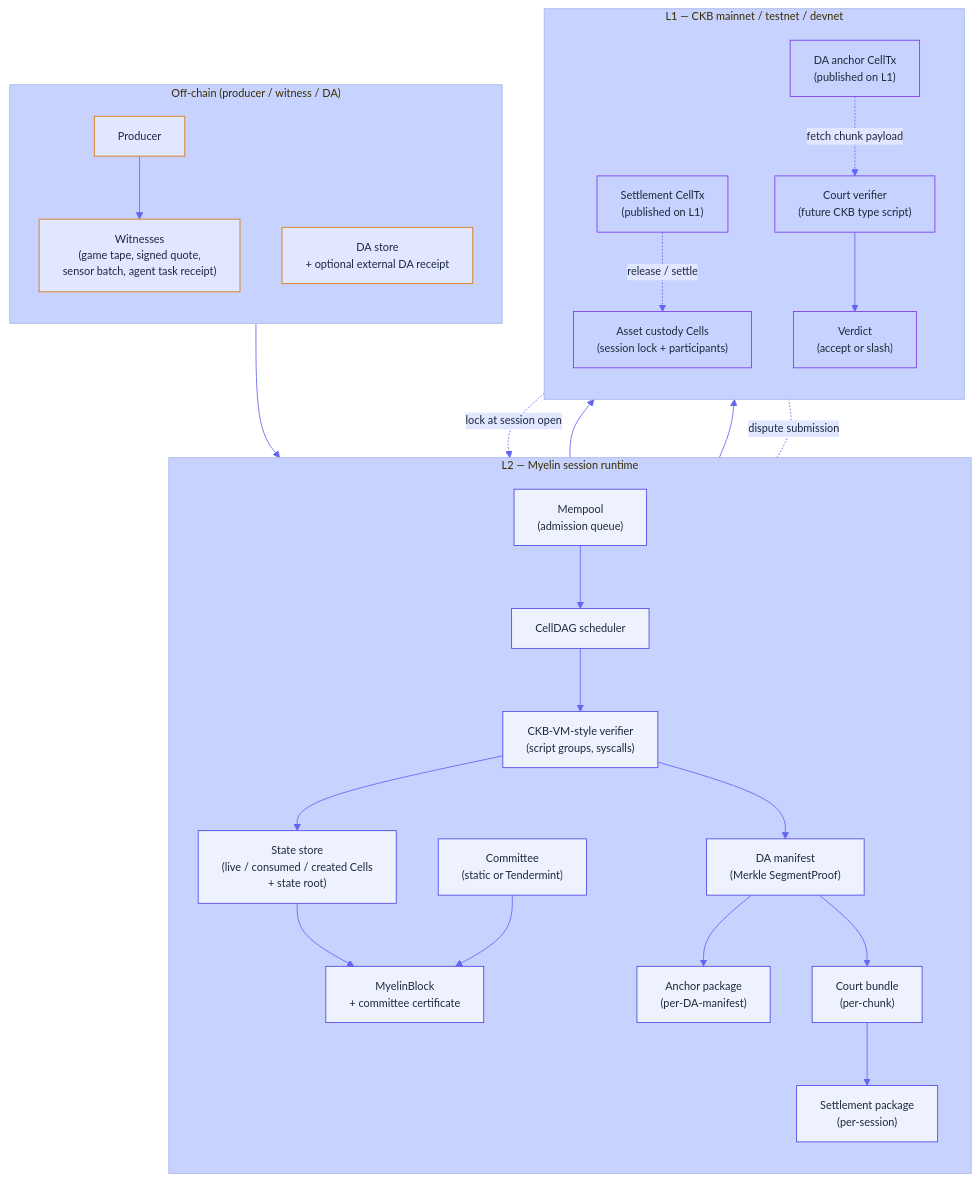
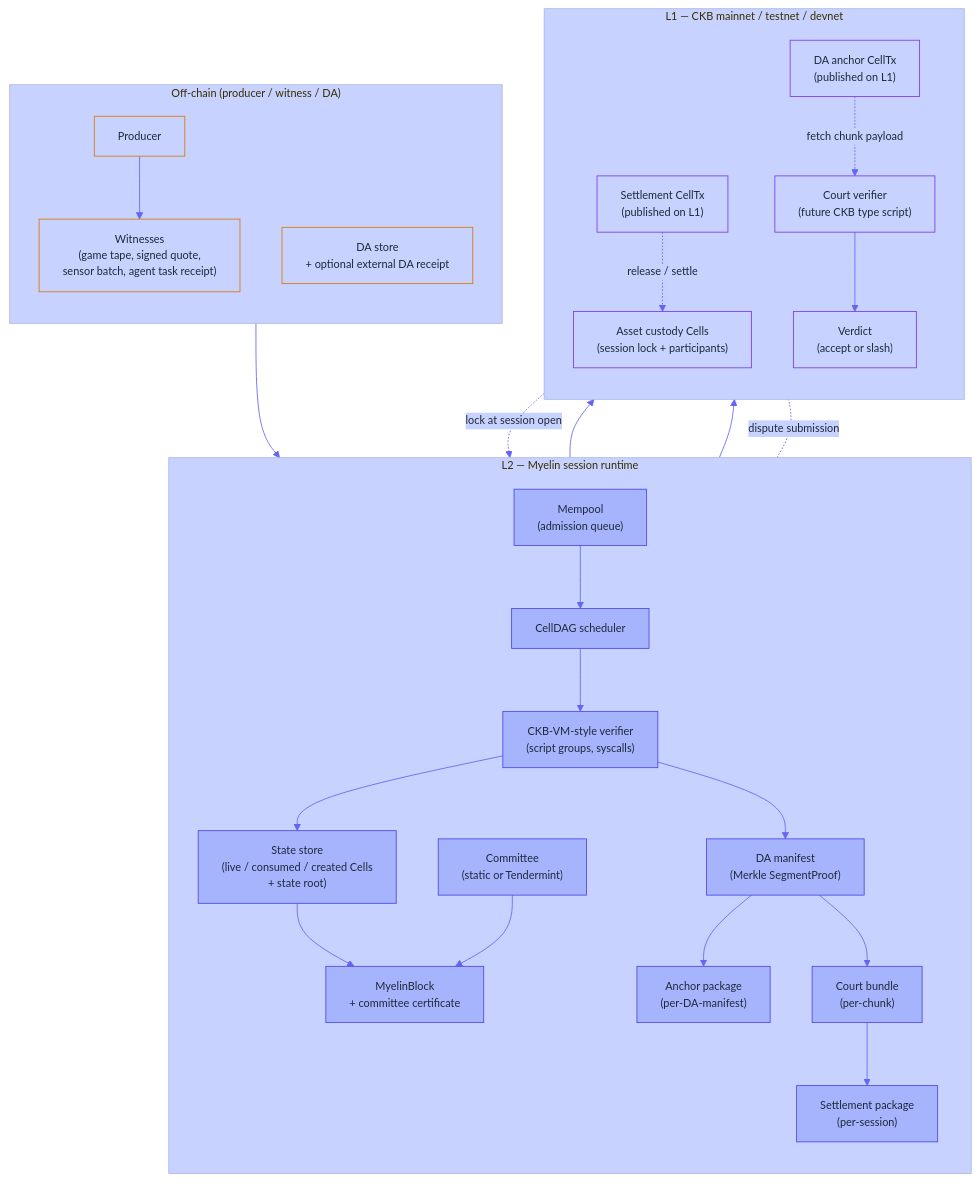
The first of 2 diagrams in docs/interactions/l1-l2-offchain.md (Myelin-Labs/Myelin), drawn with Mermaid before and after one commit. The commit also changed other lines of this file and 31 other files, not shown here.

````diff
--- a/docs/interactions/l1-l2-offchain.md
+++ b/docs/interactions/l1-l2-offchain.md
@@ -10,69 +10,69 @@
 ```mermaid
 %%{init: {
   "theme": "base",
   "themeVariables": {
-    "primaryColor": "#EEF2FF",
+    "primaryColor": "#A5B4FC",
     "primaryTextColor": "#1E293B",
     "primaryBorderColor": "#4F46E5",
     "lineColor": "#6366F1",
-    "secondaryColor": "#E0E7FF",
+    "secondaryColor": "#C7D2FE",
     "tertiaryColor": "#C7D2FE",
     "fontFamily": "Inter, system-ui, sans-serif",
     "fontSize": "13px"
   },
   "flowchart": { "curve": "basis", "padding": 14 }
 }}%%
 flowchart TB
     subgraph OFF["Off-chain (producer / witness / DA)"]
         direction TB
         PR["Producer"]:::off
         WT["Witnesses<br/>(game tape, signed quote,<br/>sensor batch, agent task receipt)"]:::off
         DA["DA store<br/>+ optional external DA receipt"]:::off
     end
 
     subgraph L2["L2 — Myelin session runtime"]
         direction TB
         MP["Mempool<br/>(admission queue)"]:::l2
         SC["CellDAG scheduler"]:::l2
         EX["CKB-VM-style verifier<br/>(script groups, syscalls)"]:::l2
         ST["State store<br/>(live / consumed / created Cells<br/>+ state root)"]:::l2
         DM["DA manifest<br/>(Merkle SegmentProof)"]:::l2
         CO["Committee<br/>(static or Tendermint)"]:::l2
         BL["MyelinBlock<br/>+ committee certificate"]:::l2
         CB["Court bundle<br/>(per-chunk)"]:::l2
         SP["Settlement package<br/>(per-session)"]:::l2
         AP["Anchor package<br/>(per-DA-manifest)"]:::l2
     end
 
     subgraph L1["L1 — CKB mainnet / testnet / devnet"]
         direction TB
         CU["Asset custody Cells<br/>(session lock + participants)"]:::l1
         DA_L1["DA anchor CellTx<br/>(published on L1)"]:::l1
         ST_L1["Settlement CellTx<br/>(published on L1)"]:::l1
         CV["Court verifier<br/>(future CKB type script)"]:::l1
         VERDICT["Verdict<br/>(accept or slash)"]:::l1
     end
 
     %% Off-chain to L2
     PR --> WT --> MP
     MP --> SC --> EX --> ST
     ST --> BL
     CO --> BL
     EX --> DM
     DM --> AP
     AP --> DA_L1
     DM --> CB
     CB --> SP
     SP --> ST_L1
 
     %% L2 to L1 (custody + dispute)
     CU -. lock at session open .-> MP
     ST_L1 -. release / settle .-> CU
     DA_L1 -. fetch chunk payload .-> CV
     CB  -. dispute submission .- CV
     CV --> VERDICT
 
-    classDef off fill:#E0E7FF,stroke:#D97706,color:#1E293B;
-    classDef l2  fill:#EEF2FF,stroke:#4F46E5,color:#1E293B;
+    classDef off fill:#C7D2FE,stroke:#D97706,color:#1E293B;
+    classDef l2  fill:#A5B4FC,stroke:#4F46E5,color:#1E293B;
     classDef l1  fill:#C7D2FE,stroke:#7C3AED,color:#1E293B;
 ```
````
